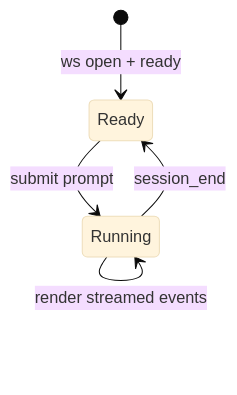
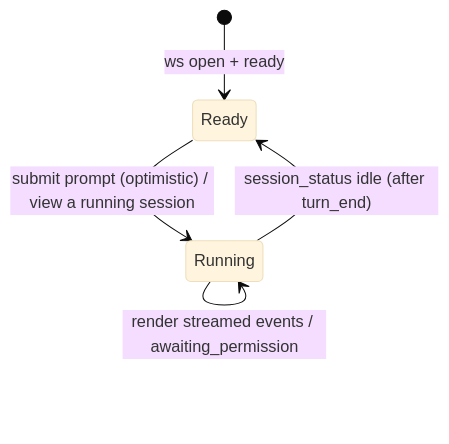
The diagram in specs/domains/core/web-console/spec.md (sequencestream/c3), drawn with Mermaid (base theme) before and after one commit. The commit also changed other lines of this file and 33 other files, not shown here.

````diff
--- a/specs/domains/core/web-console/spec.md
+++ b/specs/domains/core/web-console/spec.md
@@ -43,7 +46,7 @@
 ```mermaid
 stateDiagram-v2
     [*] --> Ready: ws open + ready
-    Ready --> Running: submit prompt
-    Running --> Ready: session_end
-    Running --> Running: render streamed events
+    Ready --> Running: submit prompt (optimistic) / view a running session
+    Running --> Ready: session_status idle (after turn_end)
+    Running --> Running: render streamed events / awaiting_permission
 ```
````
